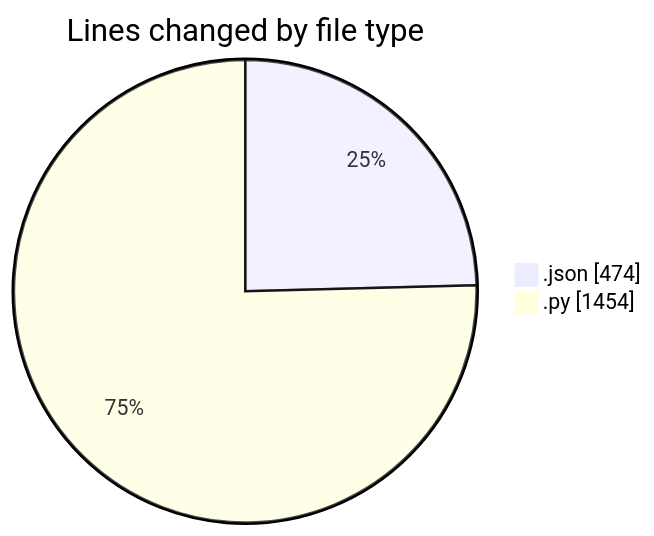
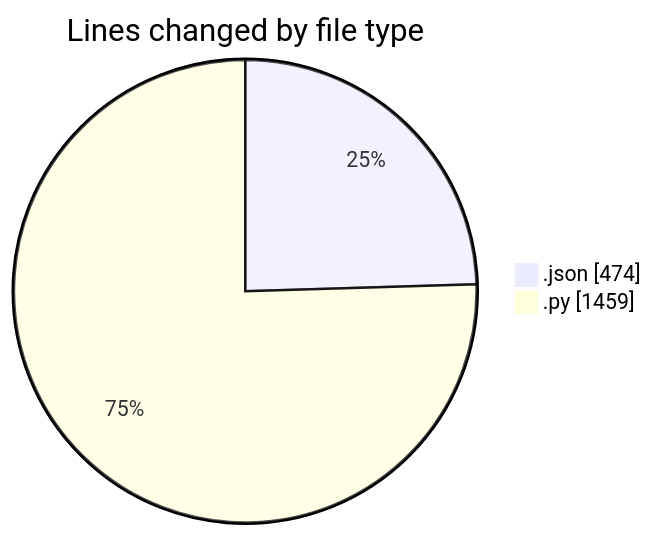
One commit to MatusMokan/code-tracking changed the first of 2 diagrams in 2025-02-19/myws__workspace_/README.md. Above: the diagram before and after it, drawn with Mermaid. The commit also changed other lines of this file and 1 other file, not shown here.

````diff
--- a/2025-02-19/myws__workspace_/README.md
+++ b/2025-02-19/myws__workspace_/README.md
@@ -26,6 +26,6 @@
 ```mermaid
 pie showData
 title Lines changed by file type
 ".json" : 474
-".py" : 1454
+".py" : 1459
 ```
````
